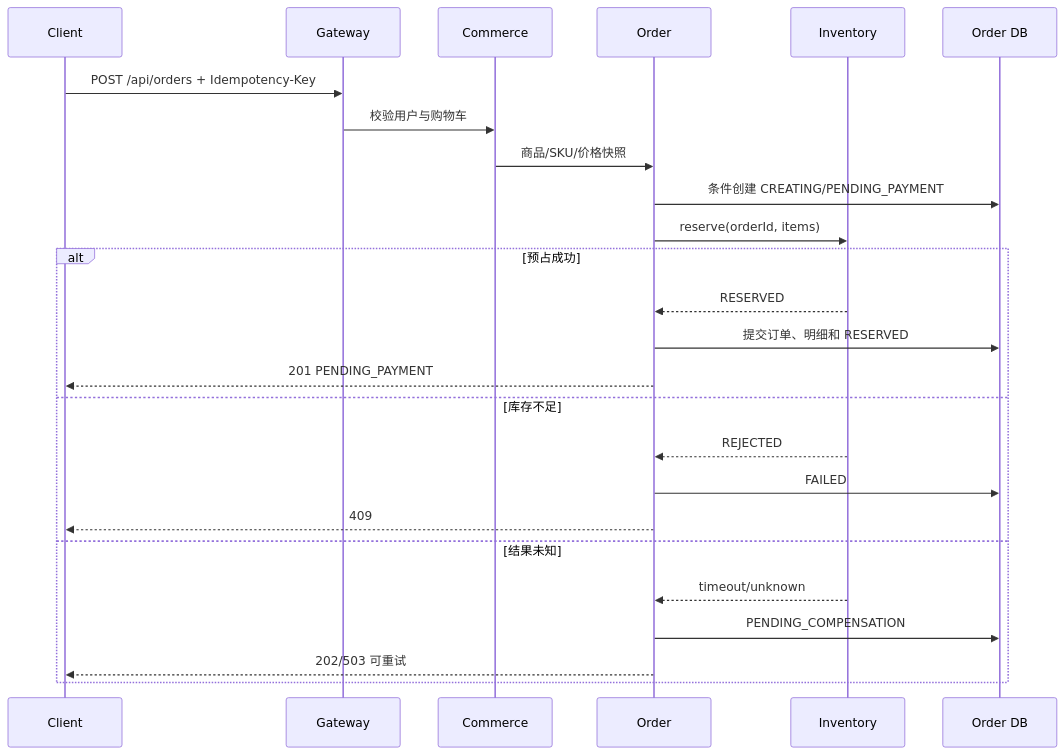
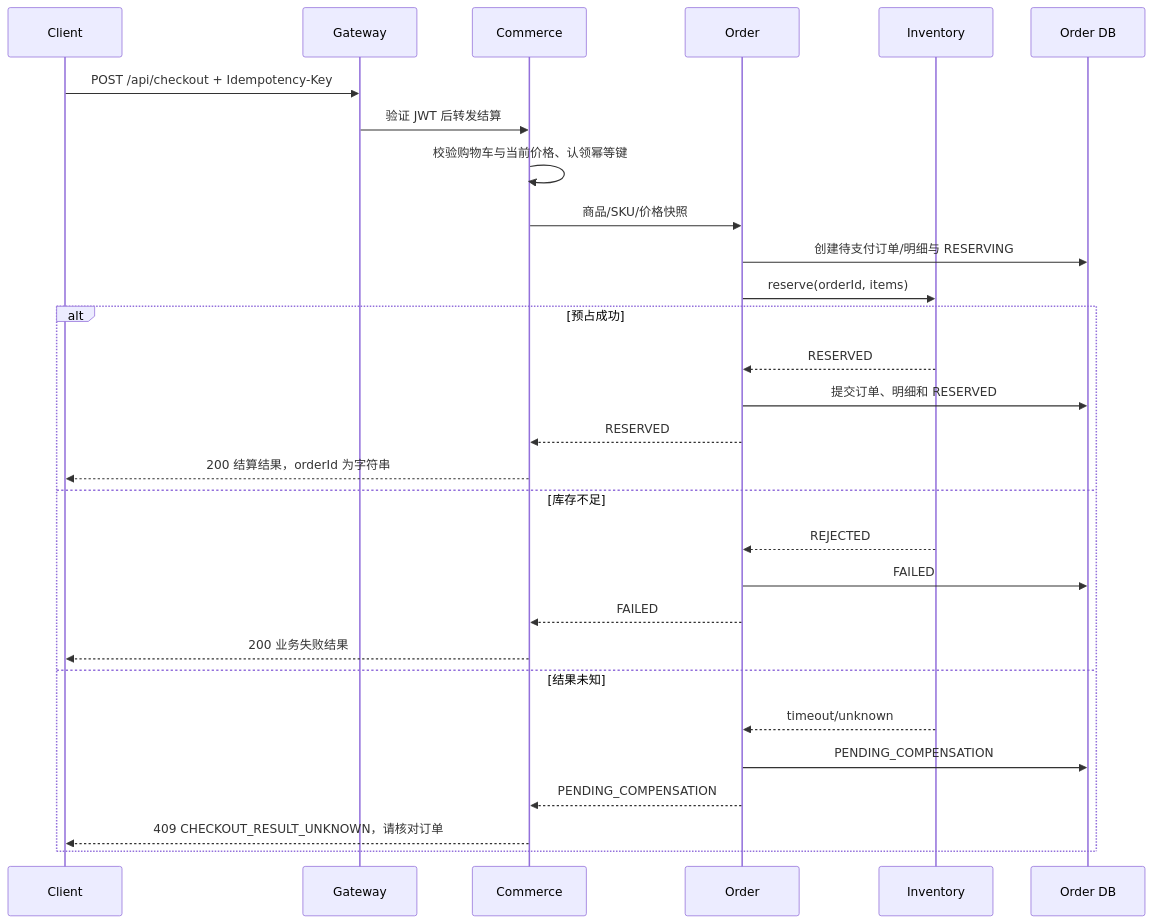
Before and after one commit to whynot0206/fulfillment-service: the first of 2 diagrams in DESIGN_V2.md, drawn with Mermaid. The commit also changed other lines of this file and 143 other files, not shown here.

```diff
--- a/DESIGN_V2.md
+++ b/DESIGN_V2.md
@@ -281,28 +285,32 @@
 ~~~mermaid
 sequenceDiagram
     participant C as Client
     participant G as Gateway
     participant M as Commerce
     participant O as Order
     participant I as Inventory
     participant DB as Order DB
 
-    C->>G: POST /api/orders + Idempotency-Key
-    G->>M: 校验用户与购物车
+    C->>G: POST /api/checkout + Idempotency-Key
+    G->>M: 验证 JWT 后转发结算
+    M->>M: 校验购物车与当前价格、认领幂等键
     M->>O: 商品/SKU/价格快照
-    O->>DB: 条件创建 CREATING/PENDING_PAYMENT
+    O->>DB: 创建待支付订单/明细与 RESERVING
     O->>I: reserve(orderId, items)
     alt 预占成功
         I-->>O: RESERVED
         O->>DB: 提交订单、明细和 RESERVED
-        O-->>C: 201 PENDING_PAYMENT
+        O-->>M: RESERVED
+        M-->>C: 200 结算结果，orderId 为字符串
     else 库存不足
         I-->>O: REJECTED
         O->>DB: FAILED
-        O-->>C: 409
+        O-->>M: FAILED
+        M-->>C: 200 业务失败结果
     else 结果未知
         I-->>O: timeout/unknown
         O->>DB: PENDING_COMPENSATION
-        O-->>C: 202/503 可重试
+        O-->>M: PENDING_COMPENSATION
+        M-->>C: 409 CHECKOUT_RESULT_UNKNOWN，请核对订单
     end
 ~~~
```
